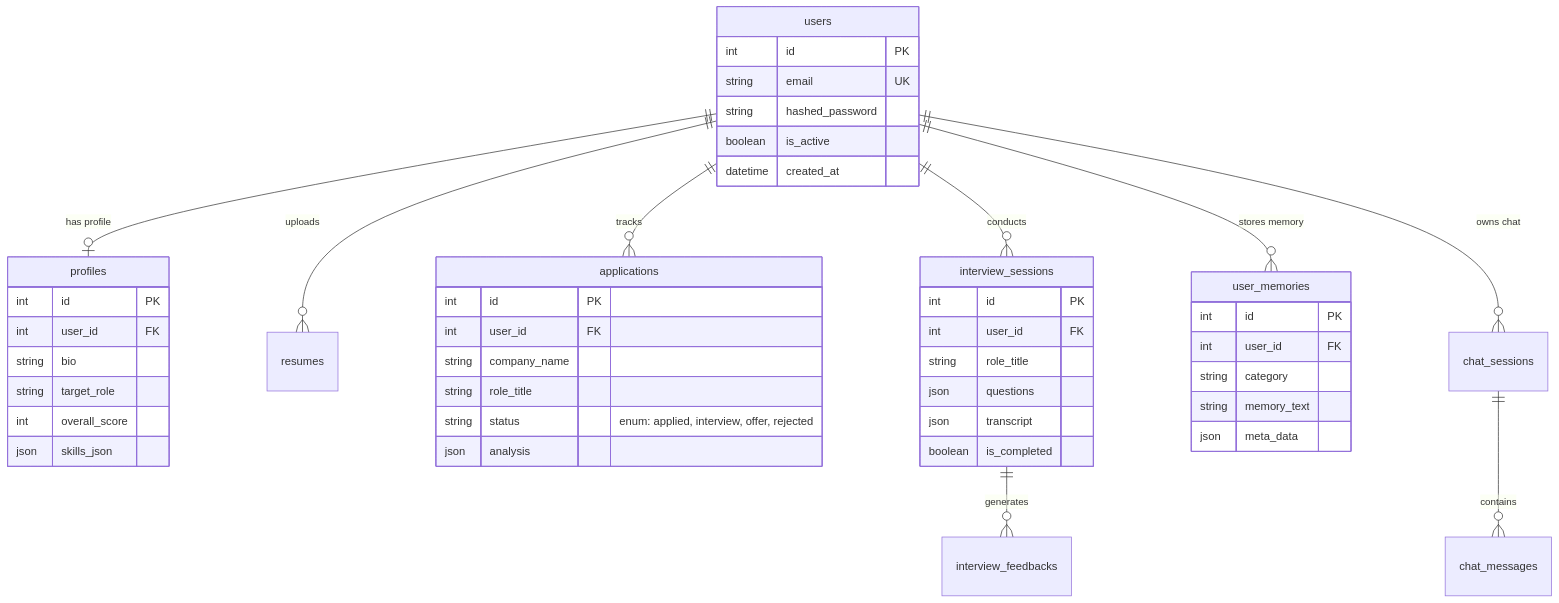
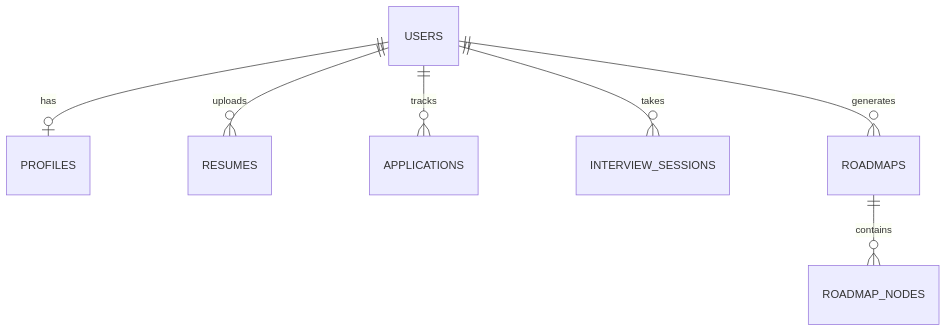
One commit to PavanKalyan1430/A.C.E.-Autonomous-Career-Intelligence-Engine changed the fourth of 6 diagrams in README.md. Above: the diagram before and after it, drawn with Mermaid. The commit also changed other lines of this file, not shown here.

````diff
--- a/README.md
+++ b/README.md
@@ -267,54 +202,9 @@
 ```mermaid
 erDiagram
-    users ||--o| profiles : "has profile"
-    users ||--o{ resumes : "uploads"
-    users ||--o{ applications : "tracks"
-    users ||--o{ interview_sessions : "conducts"
-    users ||--o{ user_memories : "stores memory"
-    users ||--o{ chat_sessions : "owns chat"
-    chat_sessions ||--o{ chat_messages : "contains"
-    interview_sessions ||--o{ interview_feedbacks : "generates"
-
-    users {
-        int id PK
-        string email UK
-        string hashed_password
-        boolean is_active
-        datetime created_at
-    }
-
-    profiles {
-        int id PK
-        int user_id FK
-        string bio
-        string target_role
-        int overall_score
-        json skills_json
-    }
-
-    applications {
-        int id PK
-        int user_id FK
-        string company_name
-        string role_title
-        string status "enum: applied, interview, offer, rejected"
-        json analysis
-    }
-
-    interview_sessions {
-        int id PK
-        int user_id FK
-        string role_title
-        json questions
-        json transcript
-        boolean is_completed
-    }
-
-    user_memories {
-        int id PK
-        int user_id FK
-        string category
-        string memory_text
-        json meta_data
-    }
+    USERS ||--o| PROFILES : "has"
+    USERS ||--o{ RESUMES : "uploads"
+    USERS ||--o{ APPLICATIONS : "tracks"
+    USERS ||--o{ INTERVIEW_SESSIONS : "takes"
+    USERS ||--o{ ROADMAPS : "generates"
+    ROADMAPS ||--o{ ROADMAP_NODES : "contains"
 ```
````
